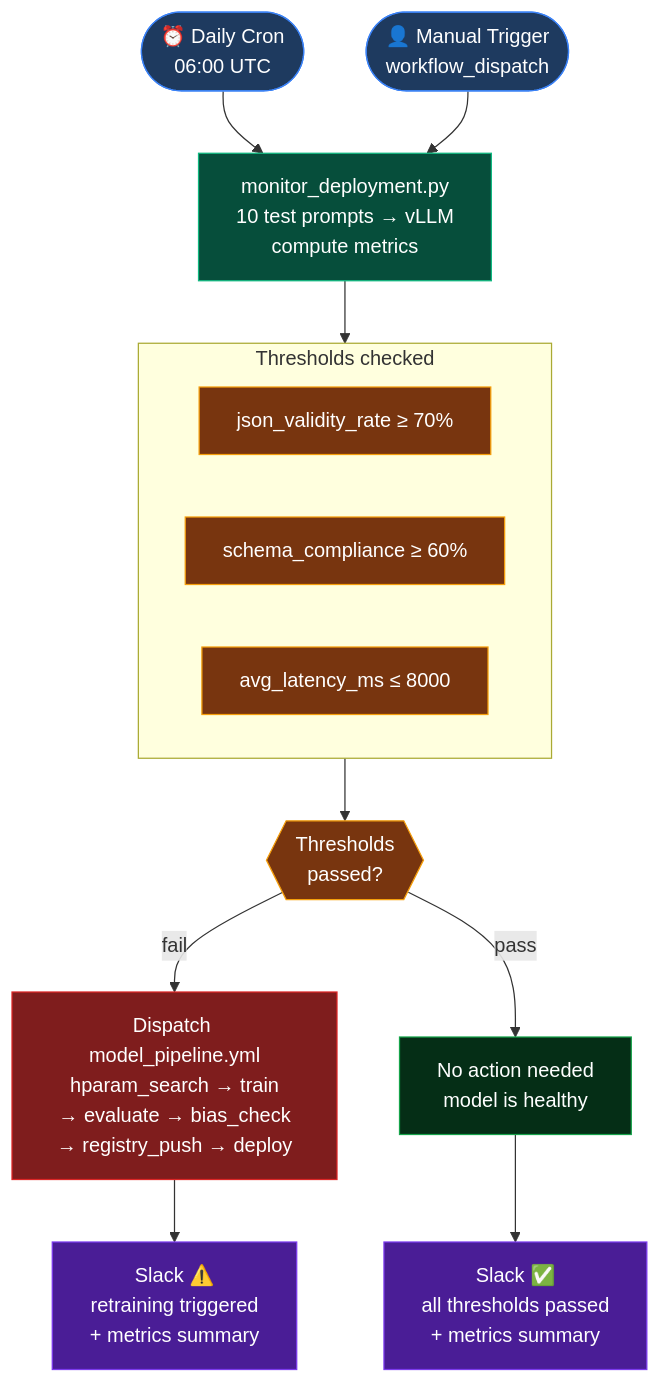
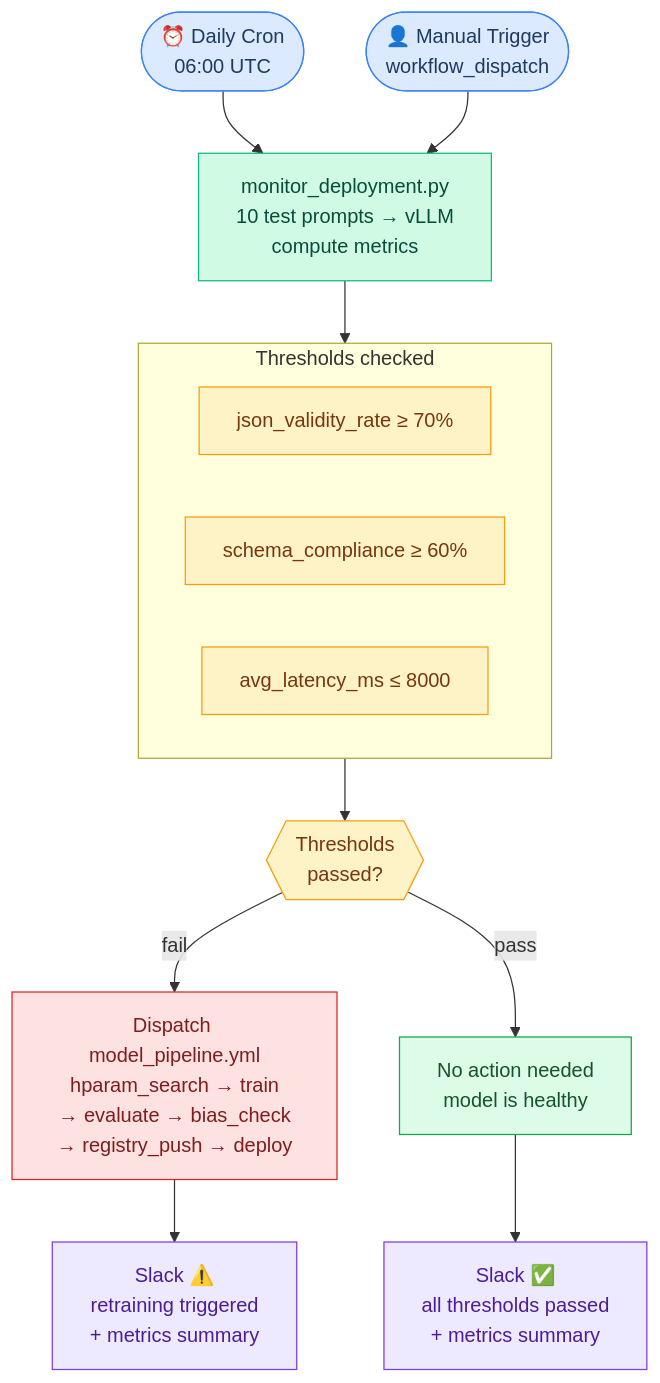
The third of 3 diagrams in Model-Deployment/README.md (abhinavdev24/FitSenseAI), drawn with Mermaid before and after one commit. The commit also changed other lines of this file and 2 other files, not shown here.

Commit message:
feat: Update mermaid diagram styles in README.md and backend/README.md for improved visual clarity

````diff
--- a/Model-Deployment/README.md
+++ b/Model-Deployment/README.md
@@ -90,36 +90,36 @@
 ```mermaid
 flowchart TD
-    classDef cron    fill:#1e3a5f,stroke:#3b82f6,color:#fff
-    classDef script  fill:#064e3b,stroke:#10b981,color:#fff
-    classDef gate    fill:#78350f,stroke:#f59e0b,color:#fff
-    classDef retrain fill:#7f1d1d,stroke:#dc2626,color:#fff
-    classDef ok      fill:#052e16,stroke:#16a34a,color:#fff
-    classDef slack   fill:#4a1d96,stroke:#7c3aed,color:#fff
+    classDef cron    fill:#dbeafe,stroke:#3b82f6,color:#1e3a5f
+    classDef script  fill:#d1fae5,stroke:#10b981,color:#064e3b
+    classDef gate    fill:#fef3c7,stroke:#f59e0b,color:#78350f
+    classDef retrain fill:#fee2e2,stroke:#dc2626,color:#7f1d1d
+    classDef ok      fill:#dcfce7,stroke:#16a34a,color:#14532d
+    classDef slack   fill:#ede9fe,stroke:#7c3aed,color:#4c1d95
 
     CRON(["⏰ Daily Cron\n06:00 UTC"]):::cron
     MAN(["👤 Manual Trigger\nworkflow_dispatch"]):::cron
 
     MONITOR["monitor_deployment.py\n10 test prompts → vLLM\ncompute metrics"]:::script
 
     GATE{{"Thresholds\npassed?"}}:::gate
 
     subgraph Metrics["Thresholds checked"]
         direction LR
         M1["json_validity_rate ≥ 70%"]:::gate
         M2["schema_compliance ≥ 60%"]:::gate
         M3["avg_latency_ms ≤ 8000"]:::gate
     end
 
     RETRAIN["Dispatch model_pipeline.yml\nhparam_search → train\n→ evaluate → bias_check\n→ registry_push → deploy"]:::retrain
     HEALTHY["No action needed\nmodel is healthy"]:::ok
 
     SLACK_WARN["Slack ⚠️\nretraining triggered\n+ metrics summary"]:::slack
     SLACK_OK["Slack ✅\nall thresholds passed\n+ metrics summary"]:::slack
 
     CRON --> MONITOR
     MAN --> MONITOR
     MONITOR --> Metrics
     Metrics --> GATE
     GATE -->|"fail"| RETRAIN --> SLACK_WARN
     GATE -->|"pass"| HEALTHY --> SLACK_OK
 ```
````
